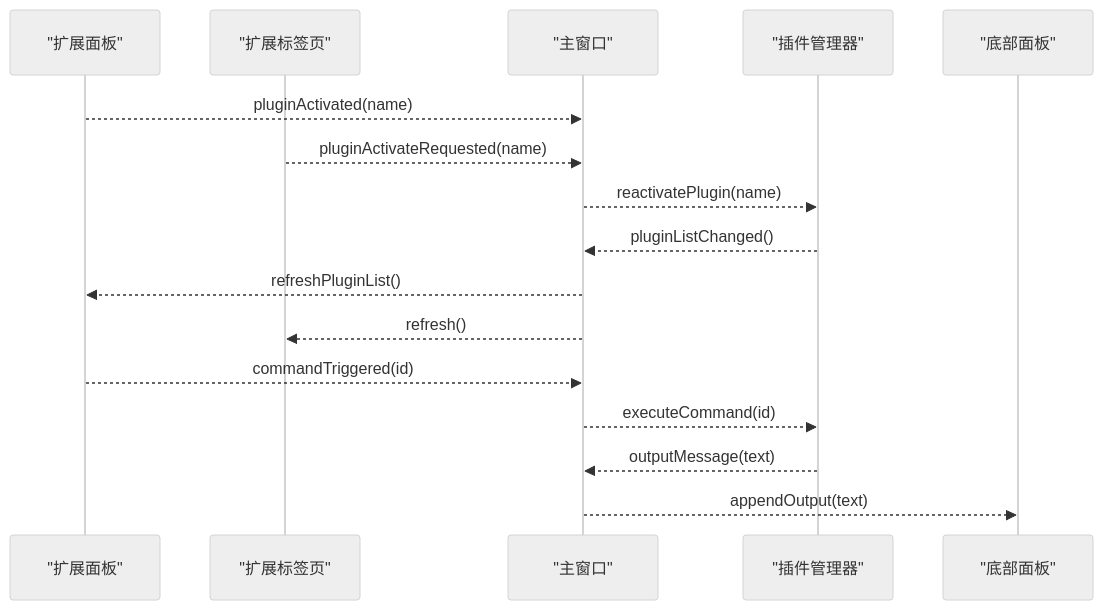
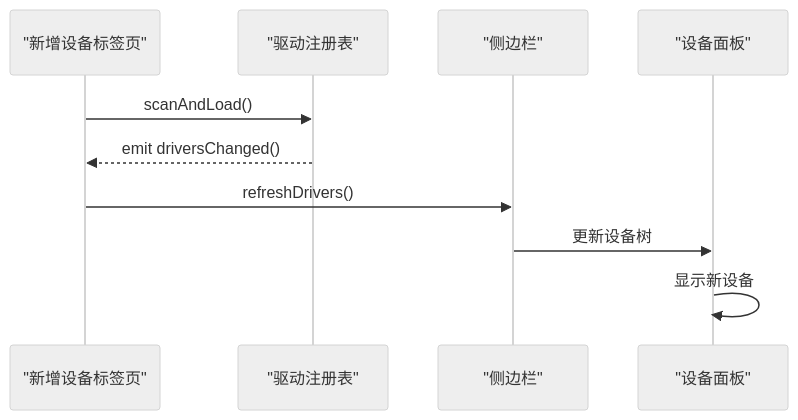
One commit to jakecai1225-design/OpenBus changed the seventh of 13 diagrams in .qoder/repowiki/zh/content/架构设计/插件系统架构/扩展面板系统.md. Above: the diagram before and after it, drawn with Mermaid (neutral theme). The commit also changed other lines of this file and 40 other files, not shown here.

````diff
--- a/.qoder/repowiki/zh/content/架构设计/插件系统架构/扩展面板系统.md
+++ b/.qoder/repowiki/zh/content/架构设计/插件系统架构/扩展面板系统.md
@@ -222,18 +390,12 @@
 ```mermaid
 sequenceDiagram
-participant EP as "扩展面板"
-participant ET as "扩展标签页"
-participant MW as "主窗口"
-participant PM as "插件管理器"
-participant BP as "底部面板"
-EP-->>MW : pluginActivated(name)
-ET-->>MW : pluginActivateRequested(name)
-MW-->>PM : reactivatePlugin(name)
-PM-->>MW : pluginListChanged()
-MW-->>EP : refreshPluginList()
-MW-->>ET : refresh()
-EP-->>MW : commandTriggered(id)
-MW-->>PM : executeCommand(id)
-PM-->>MW : outputMessage(text)
-MW-->>BP : appendOutput(text)
+participant ADT as "新增设备标签页"
+participant DR as "驱动注册表"
+participant SB as "侧边栏"
+participant DP as "设备面板"
+ADT->>DR : scanAndLoad()
+DR-->>ADT : emit driversChanged()
+ADT->>SB : refreshDrivers()
+SB->>DP : 更新设备树
+DP->>DP : 显示新设备
 ```
````
